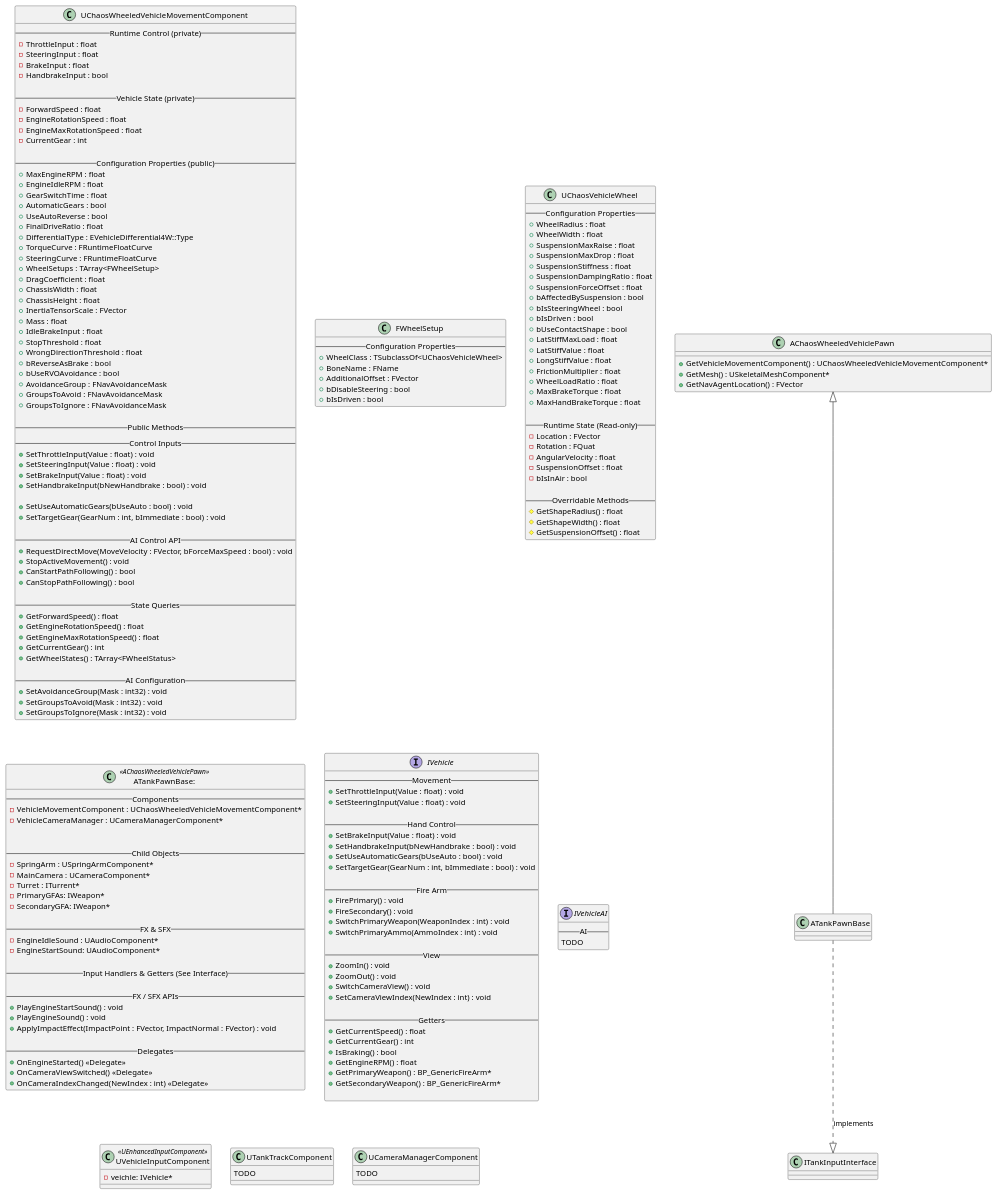
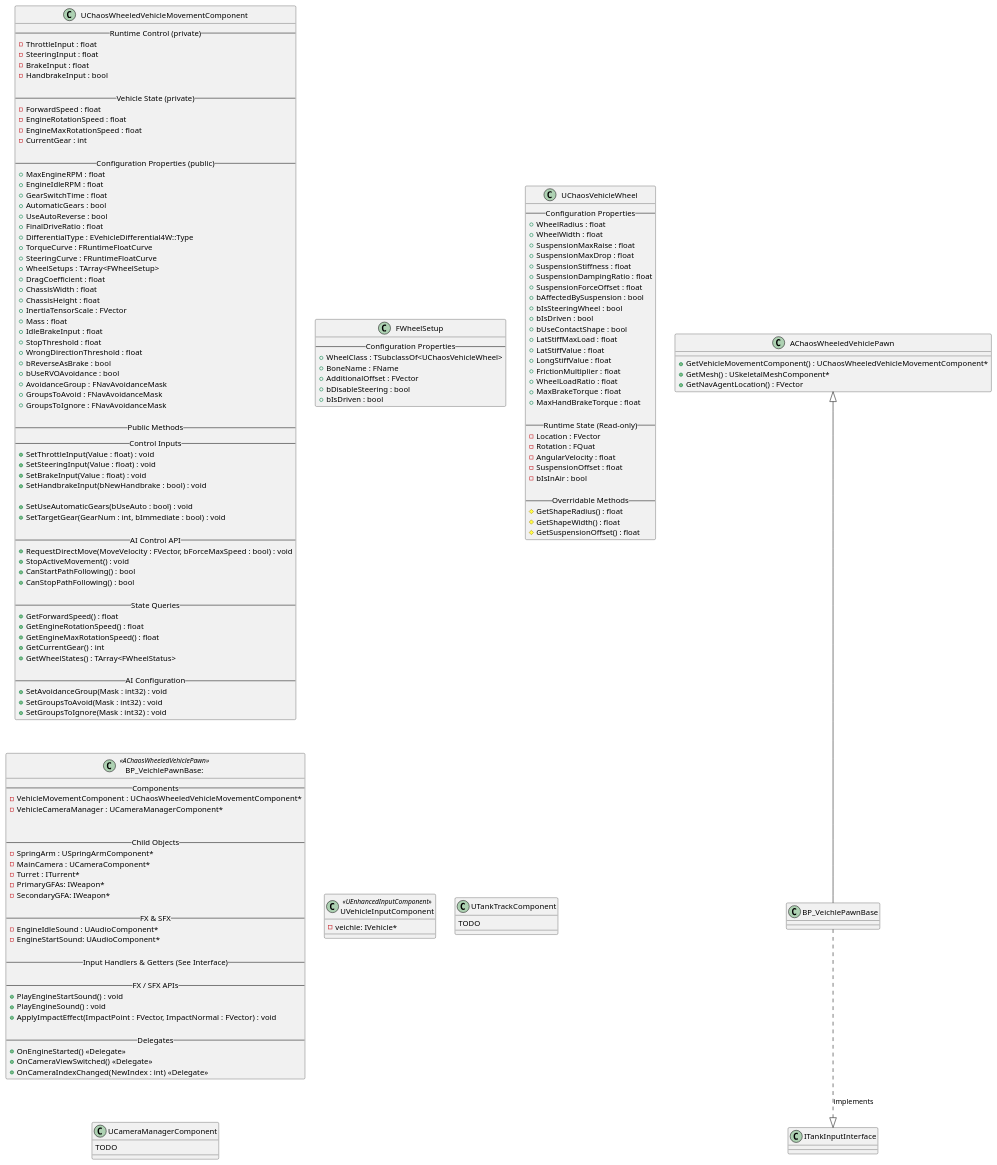
One commit to leemojiang/UEGameDesign changed the diagram in Game/Modules/Veichles/Veichles.puml. Above: the diagram before and after it, drawn with PlantUML. The commit also changed 2 other files, not shown here.

```diff
--- a/Game/Modules/Veichles/Veichles.puml
+++ b/Game/Modules/Veichles/Veichles.puml
@@ -126,7 +126,7 @@
 ' =============================
 ' 轮子的配置类 还需要传入一个行为类 UChaosVehicleWheel 来规定轮子的运行效果 比如是否接地 旋转等
 ' =============================
-class ATankPawnBase: <<AChaosWheeledVehiclePawn>>  {
+class BP_VeichlePawnBase: <<AChaosWheeledVehiclePawn>>  {
     -- Components --
     - VehicleMovementComponent : UChaosWheeledVehicleMovementComponent*
     - VehicleCameraManager : UCameraManagerComponent*
@@ -156,46 +156,10 @@
     + OnCameraIndexChanged(NewIndex : int) <<Delegate>>
 }
 
-interface IVehicle {
-    -- Movement --
-    + SetThrottleInput(Value : float) : void
-    + SetSteeringInput(Value : float) : void
 
-    -- Hand Control --
-    + SetBrakeInput(Value : float) : void
-    + SetHandbrakeInput(bNewHandbrake : bool) : void
-    + SetUseAutomaticGears(bUseAuto : bool) : void
-    + SetTargetGear(GearNum : int, bImmediate : bool) : void
 
-    -- Fire Arm --
-    + FirePrimary() : void
-    + FireSecondary() : void
-    + SwitchPrimaryWeapon(WeaponIndex : int) : void
-    + SwitchPrimaryAmmo(AmmoIndex : int) : void
-
-    -- View --
-    + ZoomIn() : void
-    + ZoomOut() : void
-    + SwitchCameraView() : void
-    + SetCameraViewIndex(NewIndex : int) : void
-
-    -- Getters --
-    + GetCurrentSpeed() : float
-    + GetCurrentGear() : int
-    + IsBraking() : bool
-    + GetEngineRPM() : float
-    + GetPrimaryWeapon() : BP_GenericFireArm*
-    + GetSecondaryWeapon() : BP_GenericFireArm*
-
-}
-
-interface IVehicleAI{
-    -- AI --
-    TODO
-}
-
-ATankPawnBase ..|> ITankInputInterface : implements
-AChaosWheeledVehiclePawn <|-- ATankPawnBase
+BP_VeichlePawnBase ..|> ITankInputInterface : implements
+AChaosWheeledVehiclePawn <|-- BP_VeichlePawnBase
 
 ' =============================
 ' 输入组件 绑定到Controller上面 或者Pawn上面
```
